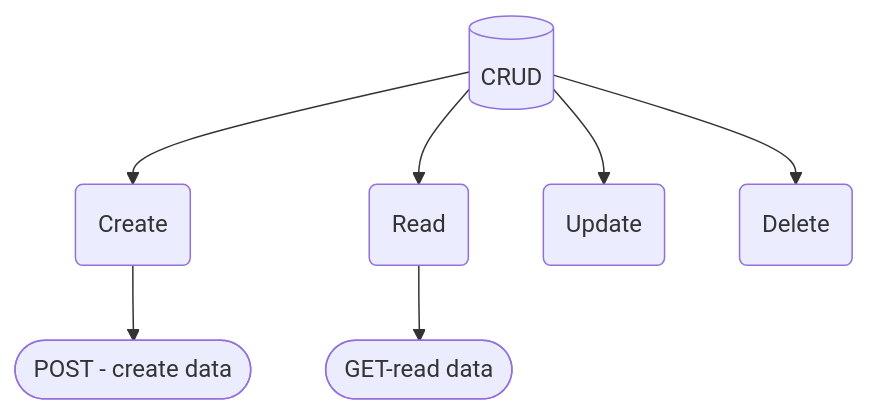
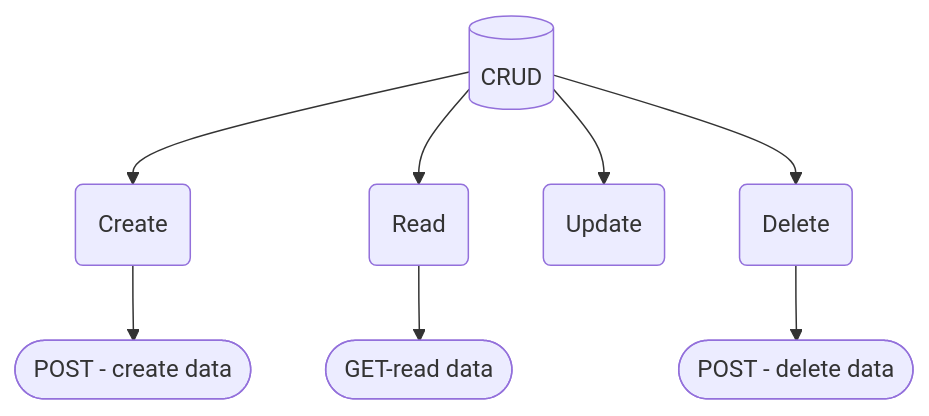
Before and after one commit to shrsyc/google_sheets_DB: the diagram in README.md, drawn with Mermaid.

````diff
--- a/README.md
+++ b/README.md
@@ -5,9 +5,10 @@
 ```mermaid
 graph TD;
     id1[(CRUD)]-->id2(Create);
     id1-->id3(Read);
     id1-->id4(Update);
     id1-->id5(Delete);
     id3-->id6([GET-read data]);
     id2-->id7([POST - create data]);
+    id5-->id8([POST - delete data])
 ```
````
